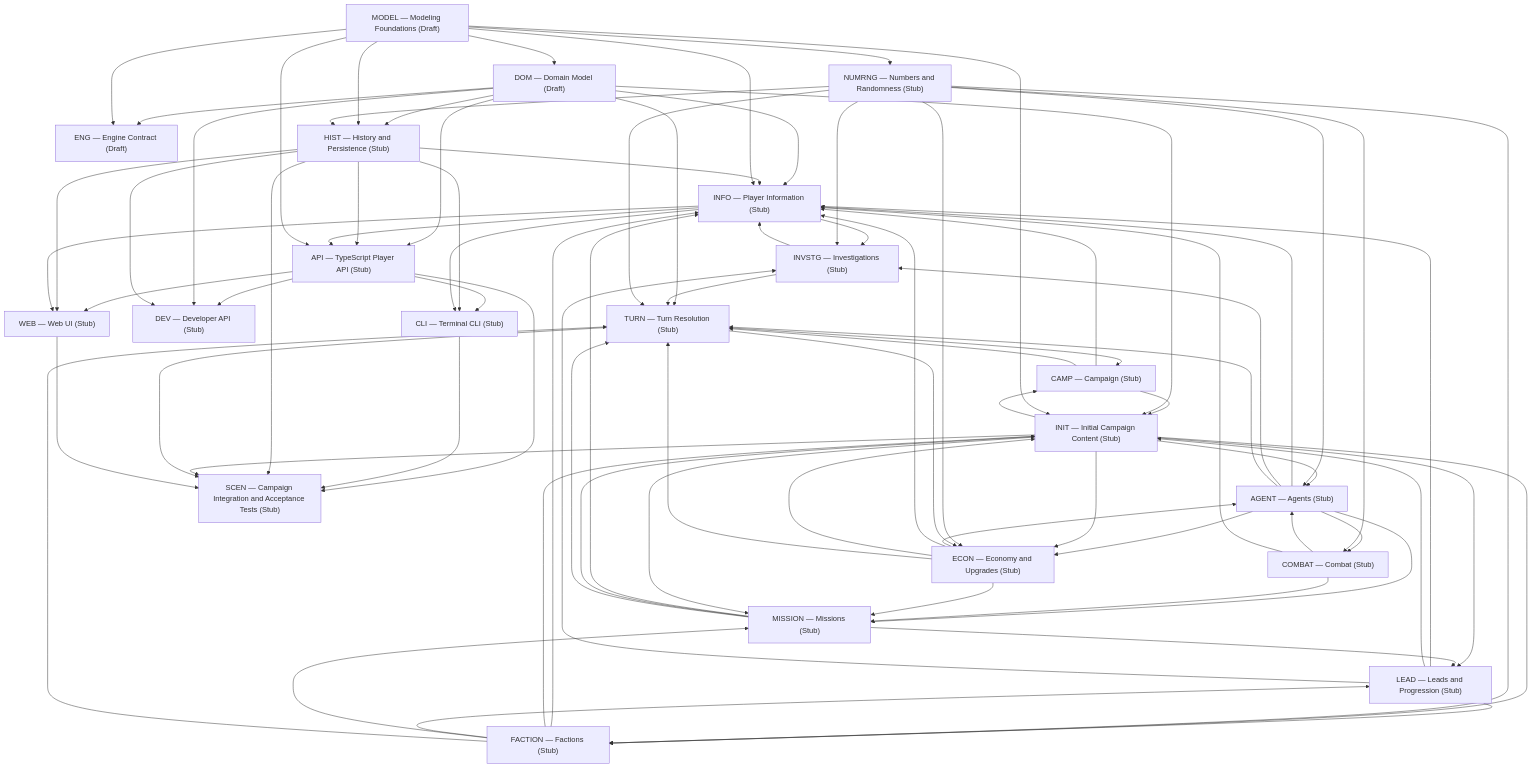
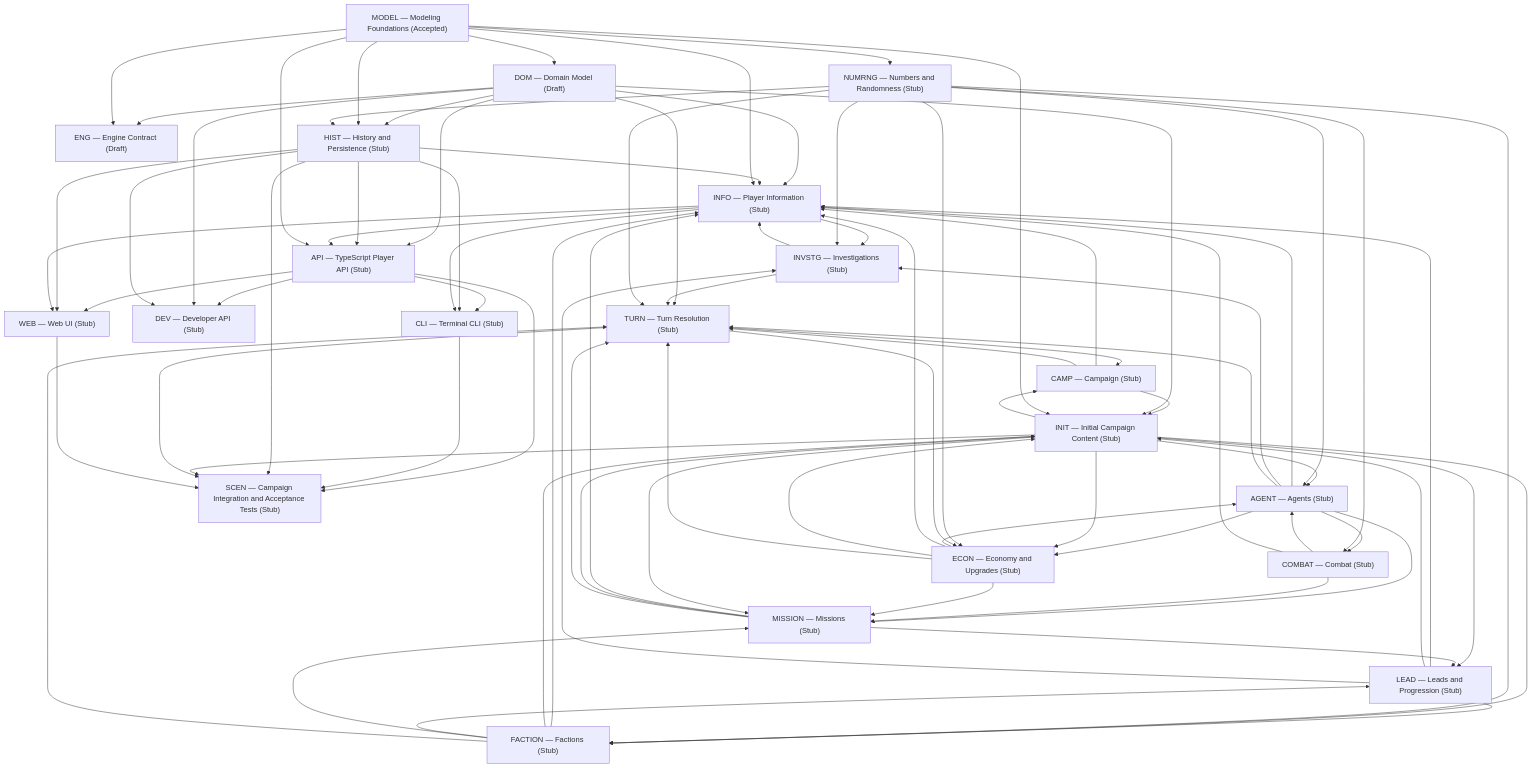
One commit to konrad-jamrozik/game-v5 changed the first of 2 diagrams in docs/derived/relationships/uses.md. Above: the diagram before and after it, drawn with Mermaid. The commit also changed 3 other files, not shown here.

Commit message:
Mark Modeling Foundations as Accepted

```diff
--- a/docs/derived/relationships/uses.md
+++ b/docs/derived/relationships/uses.md
@@ -28,7 +28,7 @@
   INVSTG["INVSTG — Investigations (Stub)"]
   LEAD["LEAD — Leads and Progression (Stub)"]
   MISSION["MISSION — Missions (Stub)"]
-  MODEL["MODEL — Modeling Foundations (Draft)"]
+  MODEL["MODEL — Modeling Foundations (Accepted)"]
   NUMRNG["NUMRNG — Numbers and Randomness (Stub)"]
   SCEN["SCEN — Campaign Integration and Acceptance Tests (Stub)"]
   TURN["TURN — Turn Resolution (Stub)"]
```
